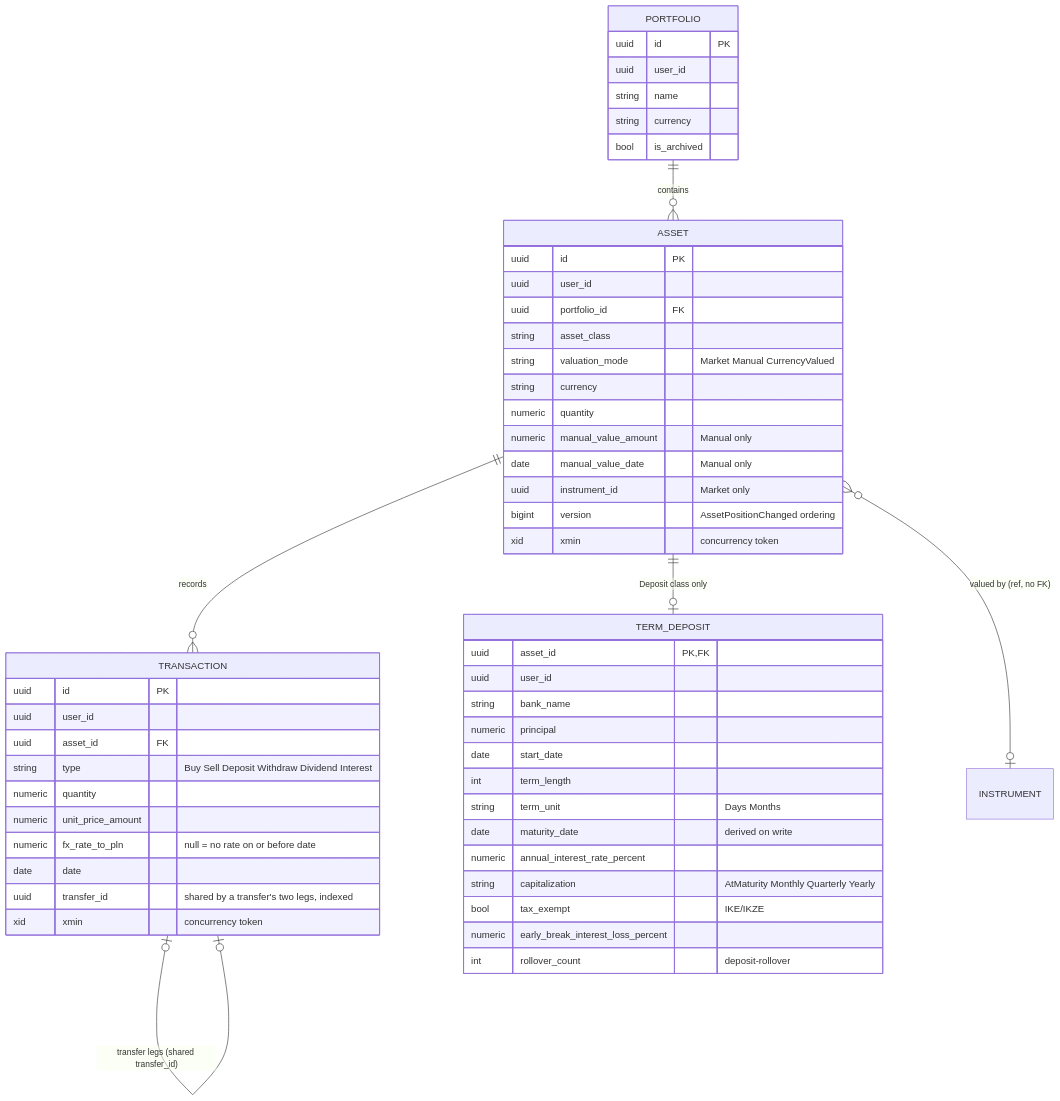
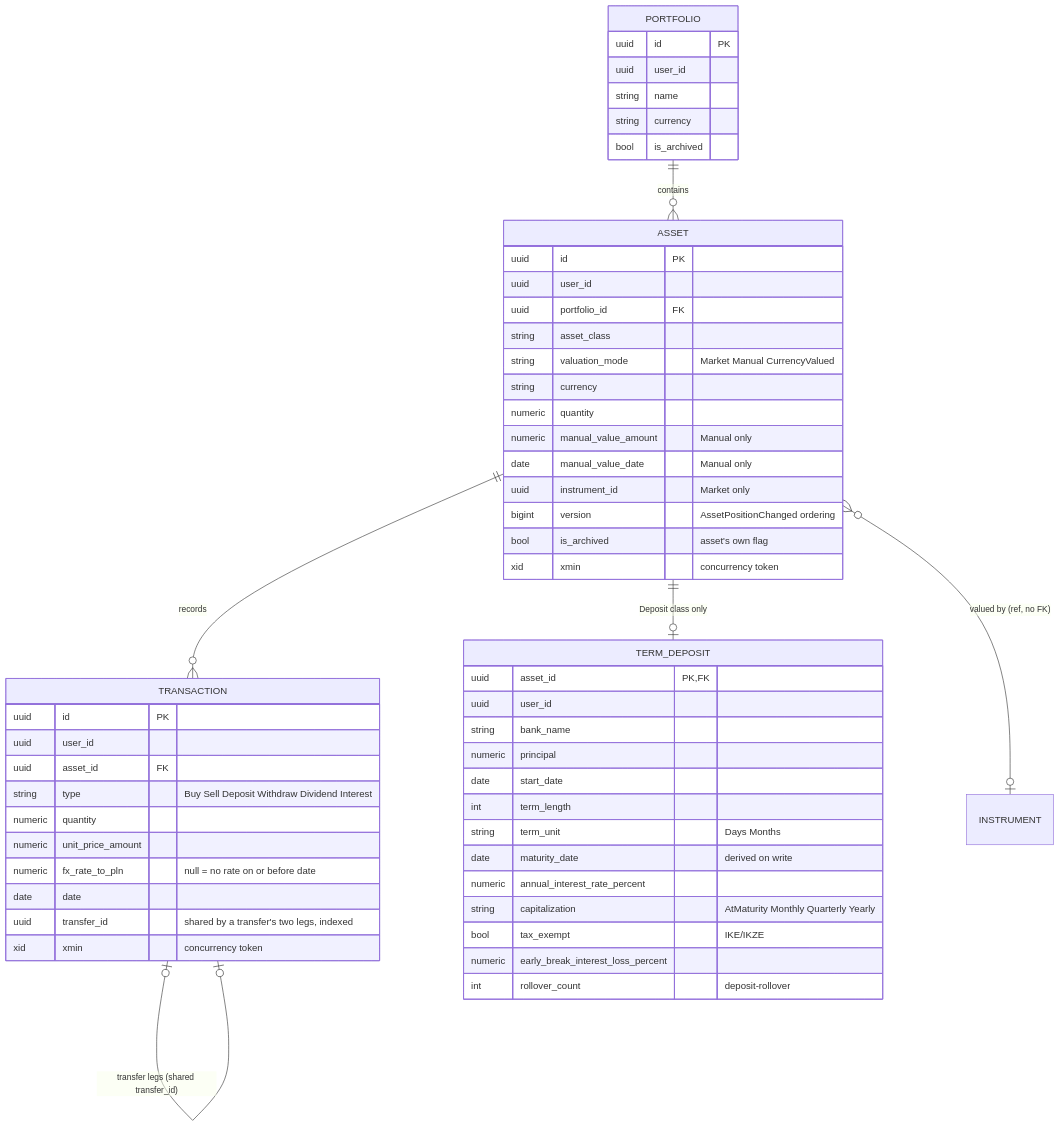
The first of 3 diagrams in skarbiec-plan/domain.md (Maliniak93/FinMel), drawn with Mermaid before and after one commit. The commit also changed other lines of this file and 85 other files, not shown here.

````diff
--- a/skarbiec-plan/domain.md
+++ b/skarbiec-plan/domain.md
@@ -41,56 +43,57 @@
 ```mermaid
 erDiagram
     PORTFOLIO ||--o{ ASSET : contains
     ASSET ||--o{ TRANSACTION : records
     TRANSACTION |o--o| TRANSACTION : "transfer legs (shared transfer_id)"
     ASSET ||--o| TERM_DEPOSIT : "Deposit class only"
     ASSET }o--o| INSTRUMENT : "valued by (ref, no FK)"
     PORTFOLIO {
         uuid id PK
         uuid user_id
         string name
         string currency
         bool is_archived
     }
     ASSET {
         uuid id PK
         uuid user_id
         uuid portfolio_id FK
         string asset_class
         string valuation_mode "Market Manual CurrencyValued"
         string currency
         numeric quantity
         numeric manual_value_amount "Manual only"
         date manual_value_date "Manual only"
         uuid instrument_id "Market only"
         bigint version "AssetPositionChanged ordering"
+        bool is_archived "asset's own flag"
         xid xmin "concurrency token"
     }
     TRANSACTION {
         uuid id PK
         uuid user_id
         uuid asset_id FK
         string type "Buy Sell Deposit Withdraw Dividend Interest"
         numeric quantity
         numeric unit_price_amount
         numeric fx_rate_to_pln "null = no rate on or before date"
         date date
         uuid transfer_id "shared by a transfer's two legs, indexed"
         xid xmin "concurrency token"
     }
     TERM_DEPOSIT {
         uuid asset_id PK, FK
         uuid user_id
         string bank_name
         numeric principal
         date start_date
         int term_length
         string term_unit "Days Months"
         date maturity_date "derived on write"
         numeric annual_interest_rate_percent
         string capitalization "AtMaturity Monthly Quarterly Yearly"
         bool tax_exempt "IKE/IKZE"
         numeric early_break_interest_loss_percent
         int rollover_count "deposit-rollover"
     }
 ```
````
